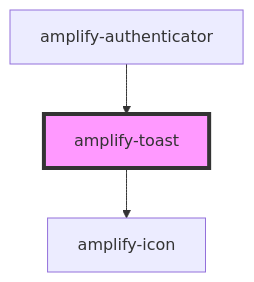
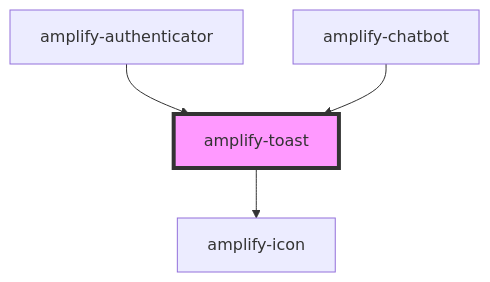
The diagram in packages/amplify-ui-components/src/components/amplify-toast/readme.md (OneDev0411/amplify-js), drawn with Mermaid before and after one commit. The commit also changed other lines of this file and 56 other files, not shown here.

First line of the commit message:
feat(@aws-amplify/ui-components): Add Chatbot UI to main (#6684)

````diff
--- a/packages/amplify-ui-components/src/components/amplify-toast/readme.md
+++ b/packages/amplify-ui-components/src/components/amplify-toast/readme.md
@@ -25,6 +26,7 @@
 ```mermaid
 graph TD;
   amplify-toast --> amplify-icon
   amplify-authenticator --> amplify-toast
+  amplify-chatbot --> amplify-toast
   style amplify-toast fill:#f9f,stroke:#333,stroke-width:4px
 ```
````
